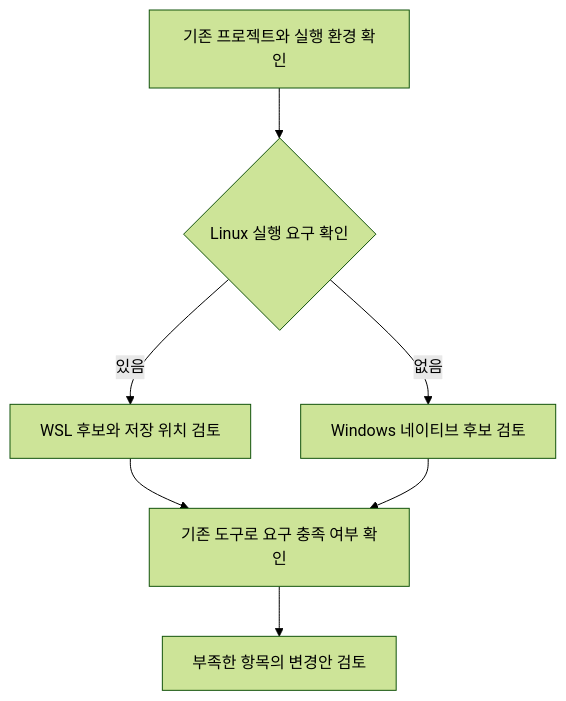
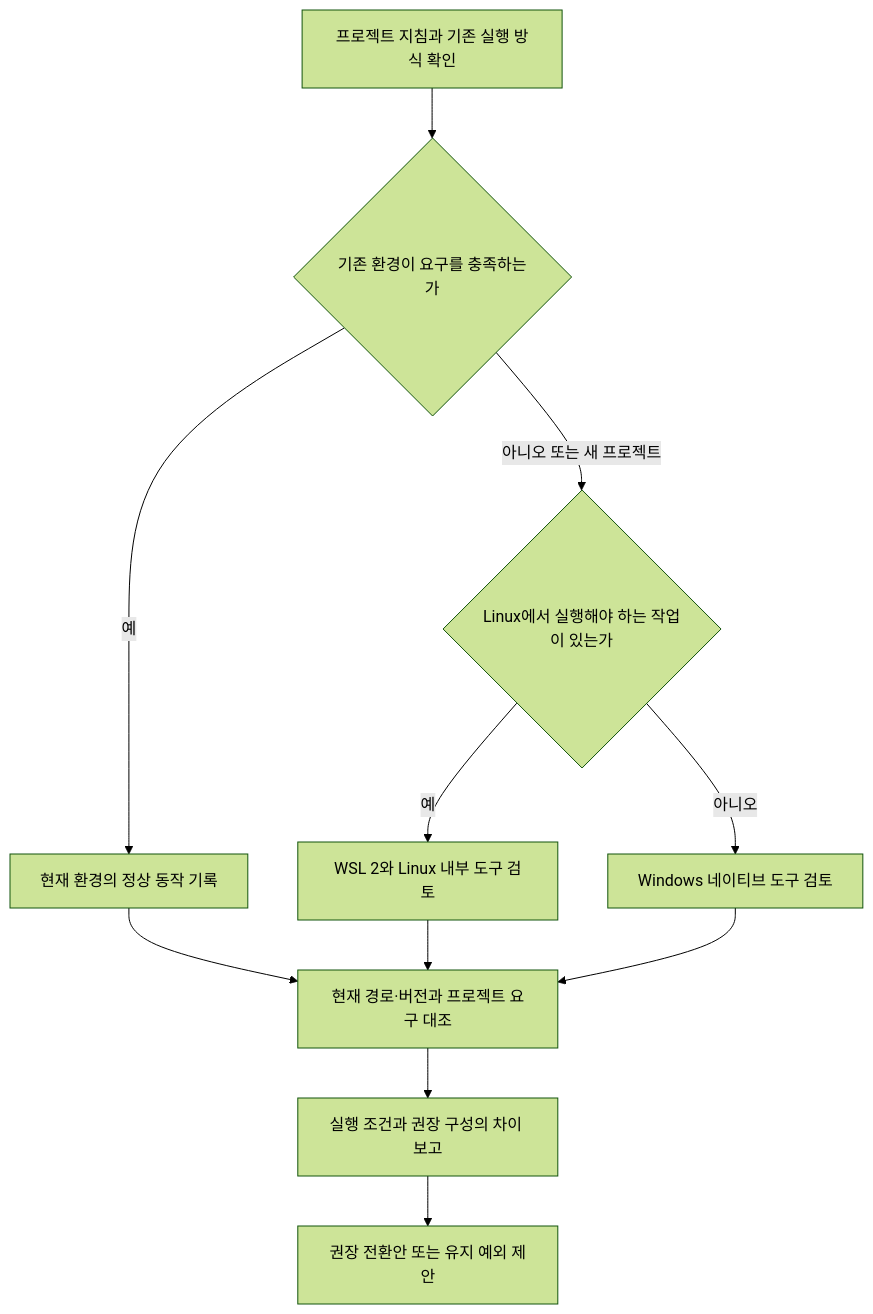
One commit to tttaliesin/windows-agent-devkit changed the third of 4 diagrams in docs/windows-environment.md. Above: the diagram before and after it, drawn with Mermaid (forest theme). The commit also changed other lines of this file and 5 other files, not shown here.

````diff
--- a/docs/windows-environment.md
+++ b/docs/windows-environment.md
@@ -30,9 +284,13 @@
 ```mermaid
 flowchart TD
-    A[기존 프로젝트와 실행 환경 확인] --> B{Linux 실행 요구 확인}
-    B -->|있음| C[WSL 후보와 저장 위치 검토]
-    B -->|없음| D[Windows 네이티브 후보 검토]
-    C --> E[기존 도구로 요구 충족 여부 확인]
-    D --> E
-    E --> F[부족한 항목의 변경안 검토]
+    A["프로젝트 지침과 기존 실행 방식 확인"] --> B{"기존 환경이 요구를 충족하는가"}
+    B -->|예| C["현재 환경의 정상 동작 기록"]
+    B -->|아니오 또는 새 프로젝트| D{"Linux에서 실행해야 하는 작업이 있는가"}
+    D -->|예| E["WSL 2와 Linux 내부 도구 검토"]
+    D -->|아니오| F["Windows 네이티브 도구 검토"]
+    C --> G["현재 경로·버전과 프로젝트 요구 대조"]
+    E --> G
+    F --> G
+    G --> H["실행 조건과 권장 구성의 차이 보고"]
+    H --> I["권장 전환안 또는 유지 예외 제안"]
 ```
````
